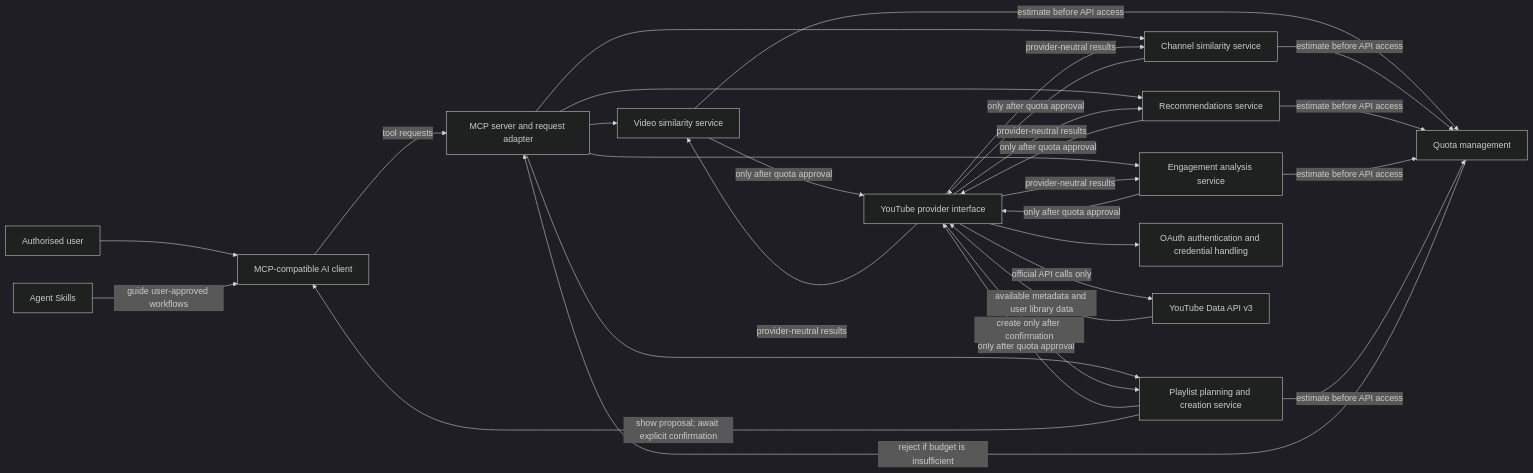
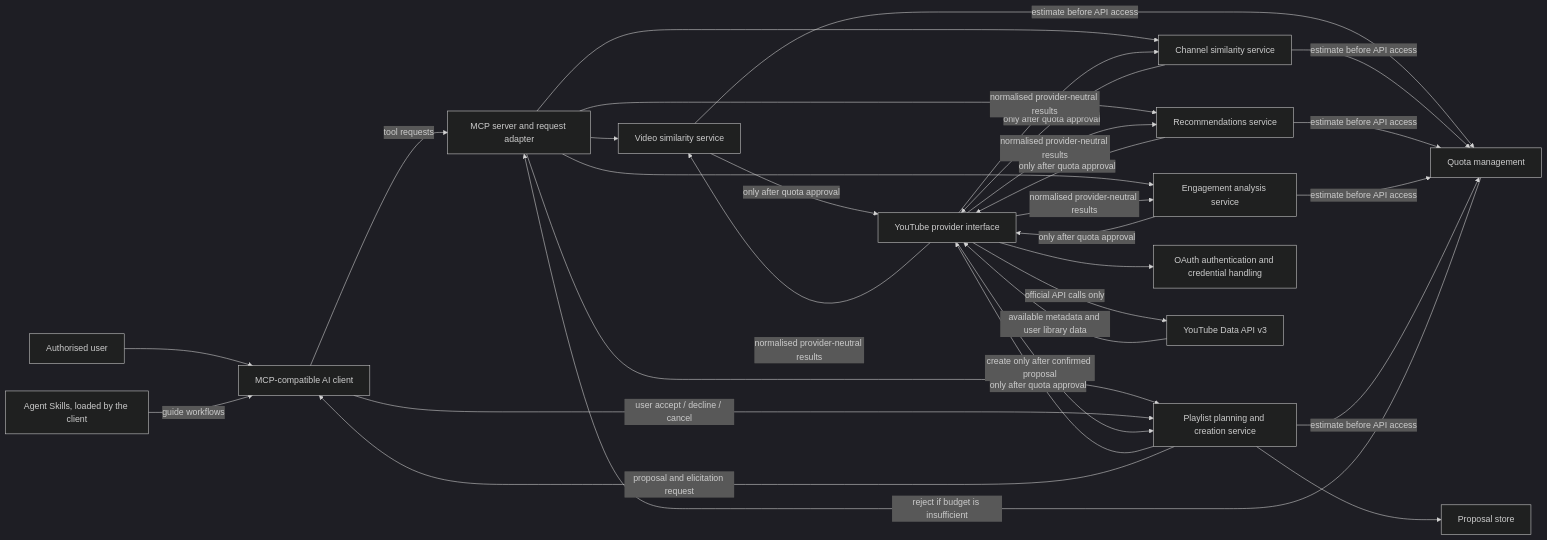
One commit to vicky150612/youtube-mcp-server changed the first of 2 diagrams in docs/architecture/overview.md. Above: the diagram before and after it, drawn with Mermaid (dark theme). The commit also changed other lines of this file and 2 other files, not shown here.

````diff
--- a/docs/architecture/overview.md
+++ b/docs/architecture/overview.md
@@ -13,31 +13,33 @@
 ```mermaid
 flowchart LR
     User[Authorised user] --> Client[MCP-compatible AI client]
     Client -->|tool requests| Server[MCP server and request adapter]
-    Skills[Agent Skills] -->|guide user-approved workflows| Client
+    Skills[Agent Skills, loaded by the client] -->|guide workflows| Client
     Server --> Video[Video similarity service]
     Server --> Channel[Channel similarity service]
     Server --> Recommendations[Recommendations service]
     Server --> Engagement[Engagement analysis service]
     Server --> Playlist[Playlist planning and creation service]
     Video -->|estimate before API access| Quota[Quota management]
     Channel -->|estimate before API access| Quota
     Recommendations -->|estimate before API access| Quota
     Engagement -->|estimate before API access| Quota
     Playlist -->|estimate before API access| Quota
     Quota -->|reject if budget is insufficient| Server
     Video -->|only after quota approval| Provider[YouTube provider interface]
     Channel -->|only after quota approval| Provider
     Recommendations -->|only after quota approval| Provider
     Engagement -->|only after quota approval| Provider
     Playlist -->|only after quota approval| Provider
-    Playlist -->|show proposal; await explicit confirmation| Client
+    Playlist -->|proposal and elicitation request| Client
+    Client -->|user accept / decline / cancel| Playlist
+    Playlist --> Proposals[Proposal store]
     Provider --> Auth[OAuth authentication and credential handling]
     Provider -->|official API calls only| API[YouTube Data API v3]
     API -->|available metadata and user library data| Provider
-    Provider -->|provider-neutral results| Video
-    Provider -->|provider-neutral results| Channel
-    Provider -->|provider-neutral results| Recommendations
-    Provider -->|provider-neutral results| Engagement
-    Provider -->|create only after confirmation| Playlist
+    Provider -->|normalised provider-neutral results| Video
+    Provider -->|normalised provider-neutral results| Channel
+    Provider -->|normalised provider-neutral results| Recommendations
+    Provider -->|normalised provider-neutral results| Engagement
+    Provider -->|create only after confirmed proposal| Playlist
 ```
````
